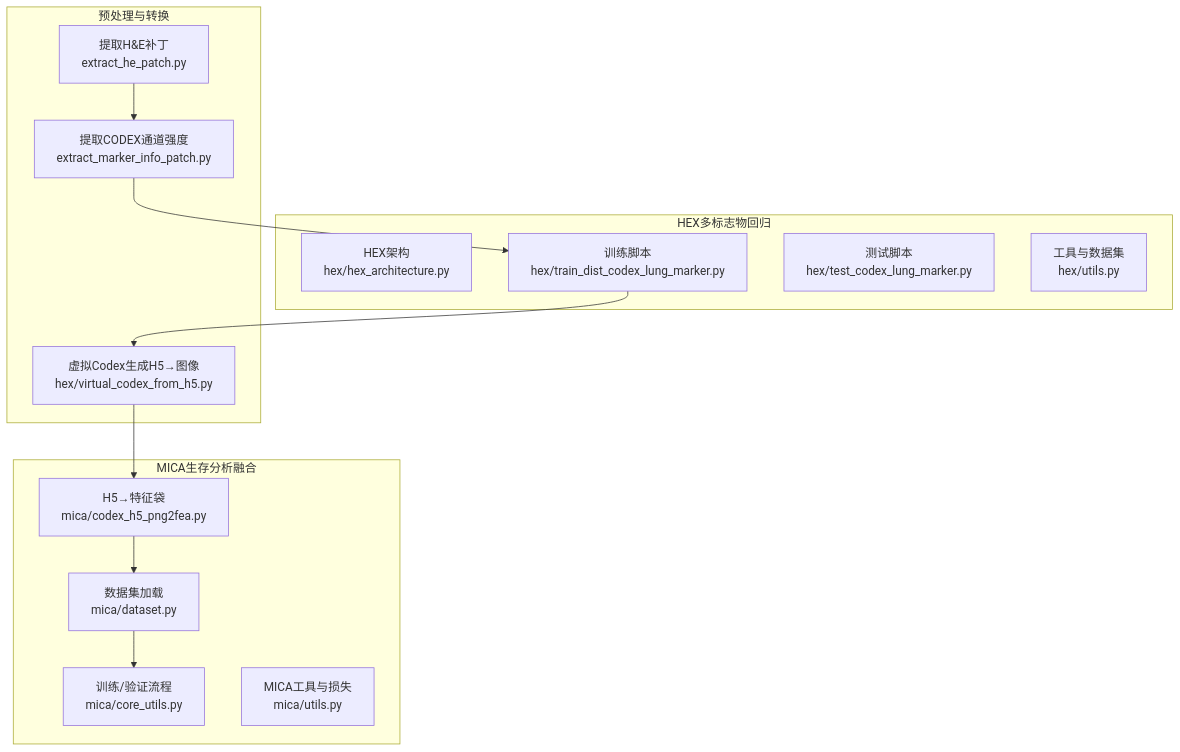
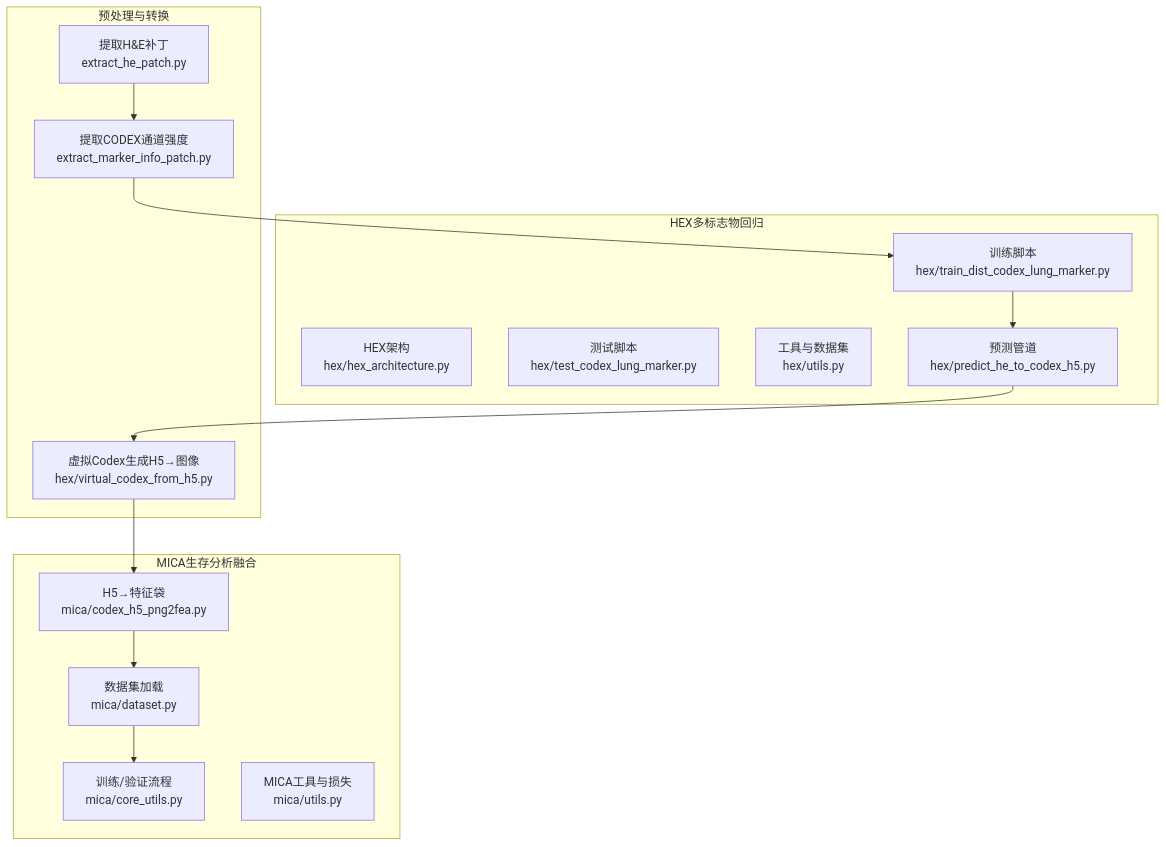
One commit to acproject/HEX changed the first of 8 diagrams in .qoder/repowiki/zh/content/虚拟Codex生成.md. Above: the diagram before and after it, drawn with Mermaid. The commit also changed other lines of this file and 7 other files, not shown here.

````diff
--- a/.qoder/repowiki/zh/content/虚拟Codex生成.md
+++ b/.qoder/repowiki/zh/content/虚拟Codex生成.md
@@ -37,26 +46,28 @@
 ```mermaid
 graph TB
 subgraph "HEX多标志物回归"
 A["HEX架构<br/>hex/hex_architecture.py"]
 B["训练脚本<br/>hex/train_dist_codex_lung_marker.py"]
 C["测试脚本<br/>hex/test_codex_lung_marker.py"]
 D["工具与数据集<br/>hex/utils.py"]
+E["预测管道<br/>hex/predict_he_to_codex_h5.py"]
 end
 subgraph "MICA生存分析融合"
-E["H5→特征袋<br/>mica/codex_h5_png2fea.py"]
-F["数据集加载<br/>mica/dataset.py"]
-G["训练/验证流程<br/>mica/core_utils.py"]
-H["MICA工具与损失<br/>mica/utils.py"]
+F["H5→特征袋<br/>mica/codex_h5_png2fea.py"]
+G["数据集加载<br/>mica/dataset.py"]
+H["训练/验证流程<br/>mica/core_utils.py"]
+I["MICA工具与损失<br/>mica/utils.py"]
 end
 subgraph "预处理与转换"
-I["提取H&E补丁<br/>extract_he_patch.py"]
-J["提取CODEX通道强度<br/>extract_marker_info_patch.py"]
-K["虚拟Codex生成H5→图像<br/>hex/virtual_codex_from_h5.py"]
+J["提取H&E补丁<br/>extract_he_patch.py"]
+K["提取CODEX通道强度<br/>extract_marker_info_patch.py"]
+L["虚拟Codex生成H5→图像<br/>hex/virtual_codex_from_h5.py"]
 end
-I --> J
-J --> B
-B --> K
-K --> E
-E --> F
+J --> K
+K --> B
+B --> E
+E --> L
+L --> F
 F --> G
+G --> H
 ```
````
